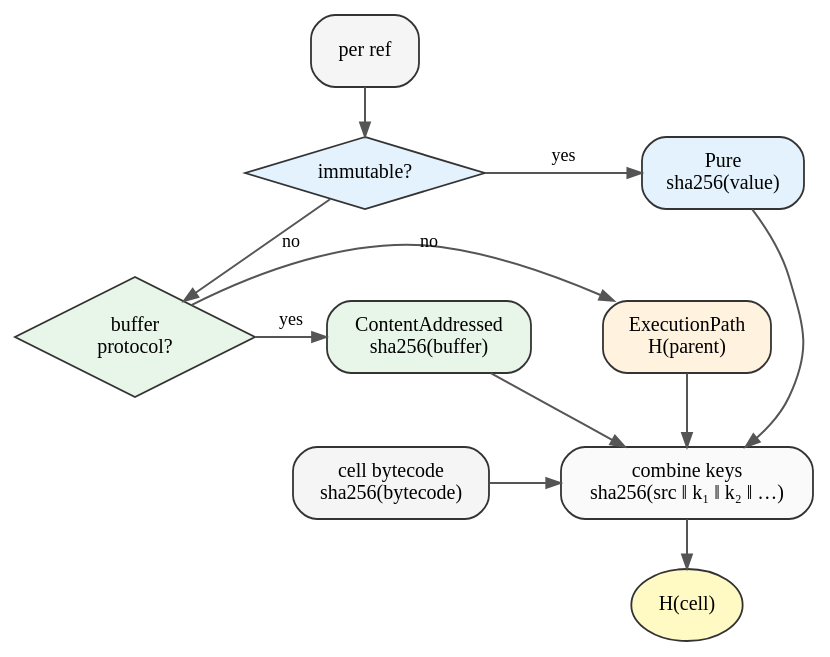
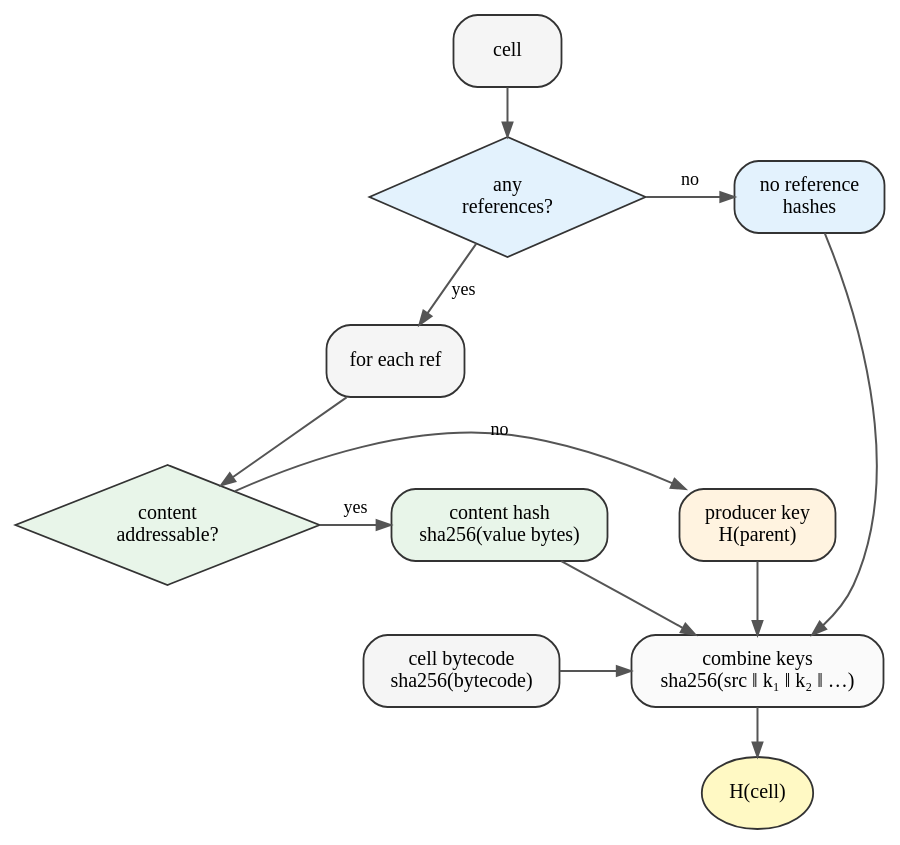
Before and after one commit to dmadisetti/scipy_proceedings_2026: the diagram in papers/marimo_caching/figs/fig1_dispatch.dot, drawn with Graphviz. The commit also changed 3 other files, not shown here.

Commit message:
paper: clarify cache keys and verified behavior

```diff
--- a/papers/marimo_caching/figs/fig1_dispatch.dot
+++ b/papers/marimo_caching/figs/fig1_dispatch.dot
@@ -1,65 +1,65 @@
-// Cache key dispatch — flat three-way fallback, top-down flow.
+// Cache key dispatch — top-down flow.
 // Rendered to figs/fig1_dispatch_flow.png via `make flowchart`, then
 // composed with the rasterized derivation listing (figs/alg_hash.typ)
 // into figs/fig1_dispatch.png by figs/compose_fig1.py.
 //
-// A per-ref dispatch tries three categories in order:
-//   1. Pure              — immutable primitives, hash the value directly.
-//   2. ContentAddressed  — buffer-protocol bytes, hash the buffer.
-//   3. ExecutionPath     — fall back to the producing cell's stored H.
-// All three feed the same sha256 combiner at the bottom, which
-// concatenates the per-ref keys with the cell's compiled bytecode to
-// produce H(cell).
+// A cell with no references contributes only its compiled bytecode.
+// Otherwise, each reference contributes either a content hash or the
+// stored key of the cell that produced it. These contributions feed the
+// same sha256 combiner with the cell's compiled bytecode to produce H(cell).
 
 digraph dispatch {
   rankdir = TB;
   graph [bgcolor="transparent", fontname="serif", fontsize=11,
          nodesep=0.25, ranksep=0.32];
   node  [fontname="serif", fontsize=10, color="#333333", penwidth=0.9,
          margin="0.10,0.05"];
   edge  [fontname="serif", fontsize=9, color="#555555", arrowsize=0.7];
 
   // ── entry ─────────────────────────────────────────────────────
-  ref [label="per ref",
+  cell [label="cell",
        shape=box, style="rounded,filled", fillcolor="#f5f5f5"];
 
   // ── decisions ────────────────────────────────────────────────
-  q_pure [label="immutable?",
+  q_refs [label="any\nreferences?",
           shape=diamond, style=filled, fillcolor="#e3f2fd"];
-  q_buf  [label="buffer\nprotocol?",
+  per_ref [label="for each ref",
+           shape=box, style="rounded,filled", fillcolor="#f5f5f5"];
+  q_content [label="content\naddressable?",
           shape=diamond, style=filled, fillcolor="#e8f5e9"];
 
-  // ── three terminal categories ────────────────────────────────
-  pure [label="Pure\nsha256(value)",
+  // ── reference contributions ──────────────────────────────────
+  no_refs [label="no reference\nhashes",
         shape=box, style="rounded,filled", fillcolor="#e3f2fd"];
-  ca   [label="ContentAddressed\nsha256(buffer)",
+  content [label="content hash\nsha256(value bytes)",
         shape=box, style="rounded,filled", fillcolor="#e8f5e9"];
-  ep   [label="ExecutionPath\nH(parent)",
+  producer [label="producer key\nH(parent)",
         shape=box, style="rounded,filled", fillcolor="#fff3e0"];
 
   // ── combiner + output (bottom) ───────────────────────────────
   src     [label="cell bytecode\nsha256(bytecode)",
            shape=box, style="rounded,filled", fillcolor="#f5f5f5"];
   combine [label="combine keys\nsha256(src ‖ k₁ ‖ k₂ ‖ …)",
            shape=box, style="rounded,filled", fillcolor="#fafafa"];
   out     [label="H(cell)",
            shape=oval, style=filled, fillcolor="#fff9c4"];
 
   // ── flow ────────────────────────────────────────────────────
-  ref     -> q_pure;
-  q_pure  -> pure   [label="yes"];
-  q_pure  -> q_buf  [label="no"];
-  q_buf   -> ca     [label="yes"];
-  q_buf   -> ep     [label="no"];
+  cell      -> q_refs;
+  q_refs    -> no_refs  [label="no"];
+  q_refs    -> per_ref  [label="yes"];
+  per_ref   -> q_content;
+  q_content -> content  [label="yes"];
+  q_content -> producer [label="no"];
 
-  pure -> combine;
-  ca   -> combine;
-  ep   -> combine;
+  no_refs -> combine;
+  content -> combine;
+  producer -> combine;
   src  -> combine;
   combine -> out;
 
   // decisions on the spine, terminals beside them
-  { rank=same; q_pure; pure; }
-  { rank=same; q_buf -> ca -> ep [style=invis]; }
+  { rank=same; q_refs; no_refs; }
+  { rank=same; q_content -> content -> producer [style=invis]; }
   { rank=same; src; combine; }
 }
```
